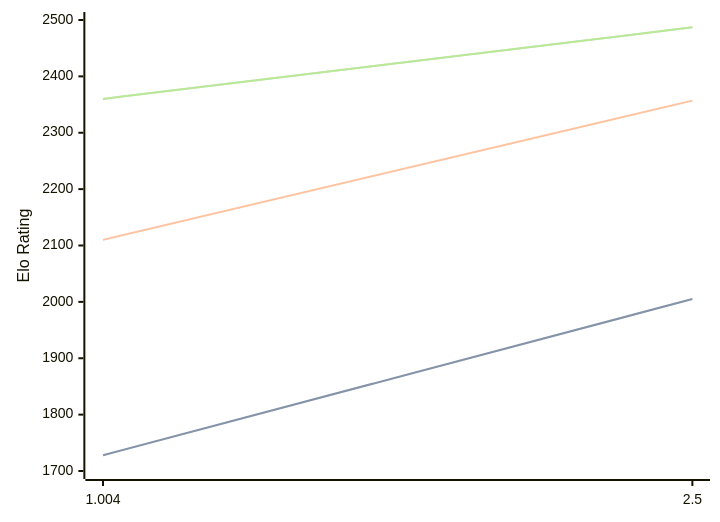
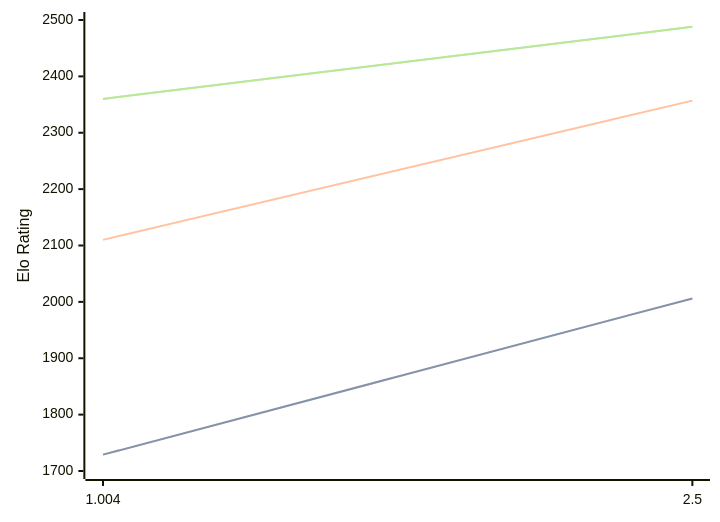
Before and after one commit to computer-chess-index/cci: the diagram in engines/Ares.md, drawn with Mermaid. The commit also changed other lines of this file, not shown here.

Commit message:
Update CCI Ratings (ELO VLTC) - 2026-04-19

````diff
--- a/engines/Ares.md
+++ b/engines/Ares.md
@@ -32,11 +32,11 @@
 ```mermaid
 %%{init: {"theme":"base","themeVariables":{"seriesColors:['#a3a3a3','#222221','#faa371']}}}%%
 xychart-beta
   x-axis ["1.004", "2.5"]
   y-axis "Elo Rating" 1700 --> 2500
-  line "STC (8.0+0.08s)" [1728, 2005]
-  line "STC (8.0+0.08s)" [1728, 2005]
+  line "STC (8.0+0.08s)" [1729, 2006]
+  line "STC (8.0+0.08s)" [1729, 2006]
   line "LTC (60.0+0.60s)" [2110, 2357]
-  line "VLTC (2m24s+1.12s)" [2360, 2487]
-  line "VLTC (2m24s+1.12s)" [2360, 2487]
+  line "VLTC (2m24s+1.12s)" [2360, 2488]
+  line "VLTC (2m24s+1.12s)" [2360, 2488]
 ```
````
